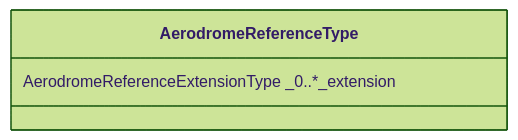
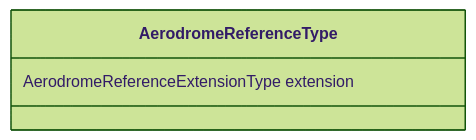
Before and after one commit to du-lapin/test_docsify: the third of 3 diagrams in docs/fixm/FIXM_UML_in_mermaid.md, drawn with Mermaid (forest theme). The commit also changed other lines of this file, not shown here.

````diff
--- a/docs/fixm/FIXM_UML_in_mermaid.md
+++ b/docs/fixm/FIXM_UML_in_mermaid.md
@@ -24,5 +24,5 @@
 ```mermaid
 classDiagram
 class AerodromeReferenceType	
-AerodromeReferenceType : AerodromeReferenceExtensionType _0..*_extension
+AerodromeReferenceType : AerodromeReferenceExtensionType extension
 ```
````
